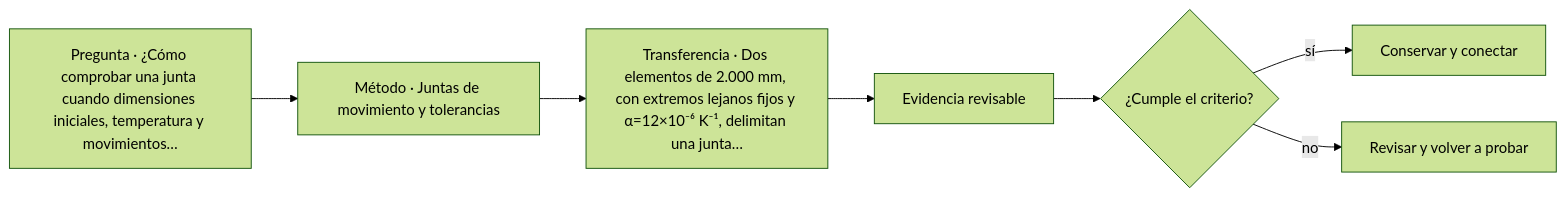
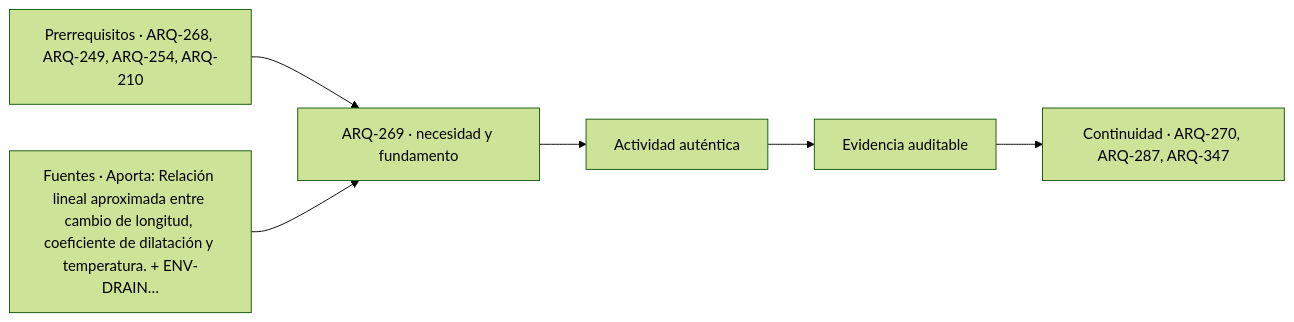
The diagram in classes/parte-27/ARQ-269.md (vladimiracunadev-create/architecture-built-environment-learning-program), drawn with Mermaid (forest theme) before and after one commit. The commit also changed other lines of this file and 761 other files, not shown here.

````diff
--- a/classes/parte-27/ARQ-269.md
+++ b/classes/parte-27/ARQ-269.md
@@ -115,9 +127,8 @@
 ```mermaid
 flowchart LR
-    Q["Pregunta · ¿Cómo comprobar una junta cuando dimensiones iniciales, temperatura y movimientos…"] --> M["Método · Juntas de movimiento y tolerancias"]
-    M --> P["Transferencia · Dos elementos de 2.000 mm, con extremos lejanos fijos y α=12×10⁻⁶ K⁻¹, delimitan una junta…"]
-    P --> E["Evidencia revisable"]
-    E --> C{"¿Cumple el criterio?"}
-    C -->|sí| T["Conservar y conectar"]
-    C -->|no| R["Revisar y volver a probar"]
+    A["Prerrequisitos · ARQ-268, ARQ-249, ARQ-254, ARQ-210"] --> B["ARQ-269 · necesidad y fundamento"]
+    S["Fuentes · Aporta: Relación lineal aproximada entre cambio de longitud, coeficiente de dilatación y temperatura. + ENV-DRAIN…"] --> B
+    B --> C["Actividad auténtica"]
+    C --> D["Evidencia auditable"]
+    D --> E["Continuidad · ARQ-270, ARQ-287, ARQ-347"]
 ```
````
